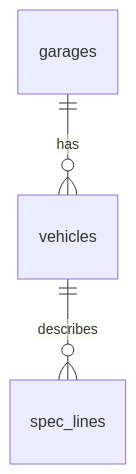
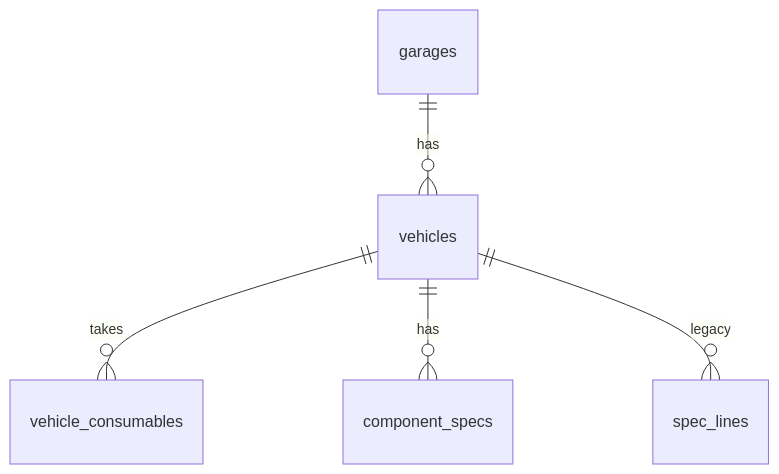
Before and after one commit to tmy-code/tmy_garage: the second of 3 diagrams in docs/data-model.md, drawn with Mermaid. The commit also changed other lines of this file and 56 other files, not shown here.

````diff
--- a/docs/data-model.md
+++ b/docs/data-model.md
@@ -69,5 +69,7 @@
 ```mermaid
 erDiagram
   garages ||--o{ vehicles : has
-  vehicles ||--o{ spec_lines : describes
+  vehicles ||--o{ vehicle_consumables : takes
+  vehicles ||--o{ component_specs : has
+  vehicles ||--o{ spec_lines : legacy
 ```
````
